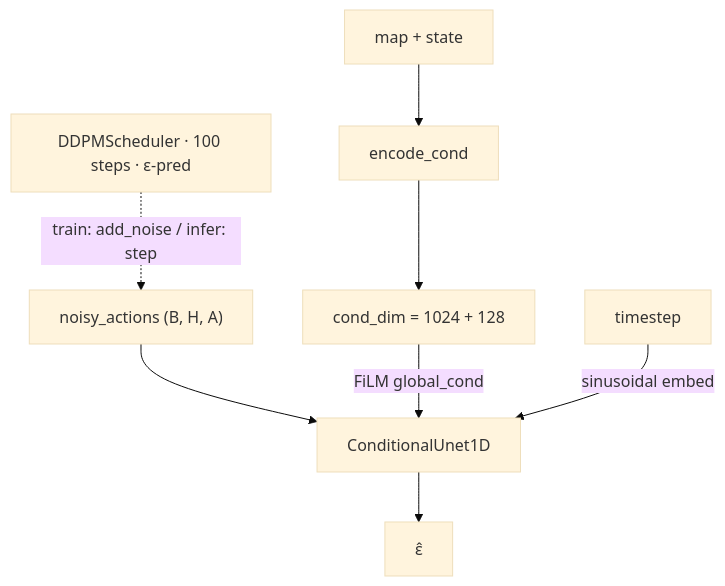
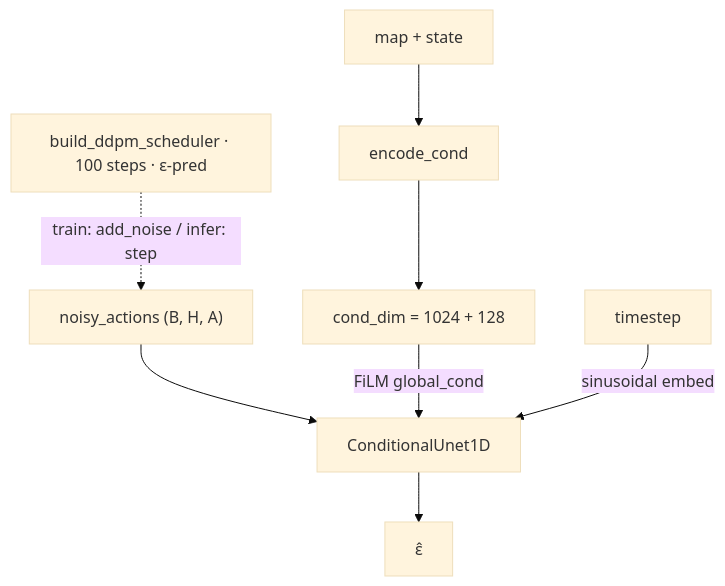
The third of 3 diagrams in bench_policy/utils/policy/dp/ARCHITECTURE.md (IBNBlank/maze_playground), drawn with Mermaid (base theme) before and after one commit. The commit also changed other lines of this file and 11 other files, not shown here.

````diff
--- a/bench_policy/utils/policy/dp/ARCHITECTURE.md
+++ b/bench_policy/utils/policy/dp/ARCHITECTURE.md
@@ -92,10 +90,10 @@
 ```mermaid
 flowchart TB
   In["map + state"] --> Enc["encode_cond"]
   Enc --> Cond["cond_dim = 1024 + 128"]
   XA["noisy_actions (B, H, A)"] --> UNet["ConditionalUnet1D"]
   Cond -->|"FiLM global_cond"| UNet
   TS["timestep"] -->|"sinusoidal embed"| UNet
   UNet --> Eps["ε̂"]
-  Sched["DDPMScheduler · 100 steps · ε-pred"] -.->|"train: add_noise / infer: step"| XA
+  Sched["build_ddpm_scheduler · 100 steps · ε-pred"] -.->|"train: add_noise / infer: step"| XA
 ```
````
